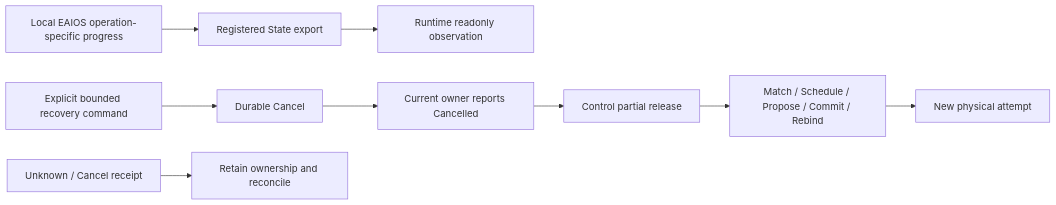
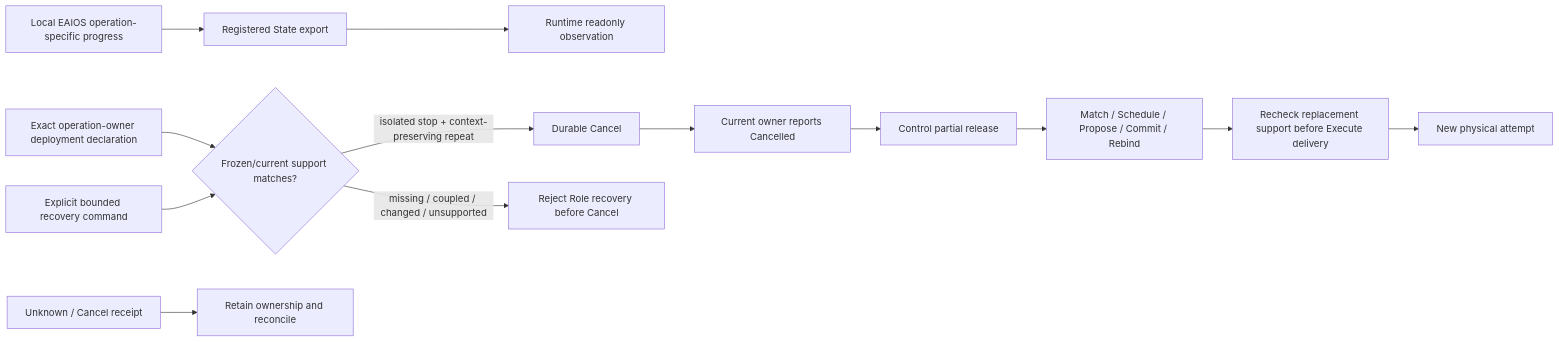
Before and after one commit to Farewell-CK/RoboGuide: the diagram in docs/architecture/v2/README.md, drawn with Mermaid. The commit also changed other lines of this file and 13 other files, not shown here.

````diff
--- a/docs/architecture/v2/README.md
+++ b/docs/architecture/v2/README.md
@@ -603,11 +610,15 @@
 ```mermaid
 flowchart LR
   L[Local EAIOS operation-specific progress] --> S[Registered State export]
   S --> O[Runtime readonly observation]
-  U[Explicit bounded recovery command] --> C[Durable Cancel]
+  D[Exact operation-owner deployment declaration] --> G{Frozen/current support matches?}
+  U[Explicit bounded recovery command] --> G
+  G -->|isolated stop + context-preserving repeat| C[Durable Cancel]
+  G -->|missing / coupled / changed / unsupported| B[Reject Role recovery before Cancel]
   C --> P[Current owner reports Cancelled]
   P --> R[Control partial release]
   R --> M[Match / Schedule / Propose / Commit / Rebind]
-  M --> N[New physical attempt]
+  M --> V[Recheck replacement support before Execute delivery]
+  V --> N[New physical attempt]
   X[Unknown / Cancel receipt] --> F[Retain ownership and reconcile]
 ```
````
